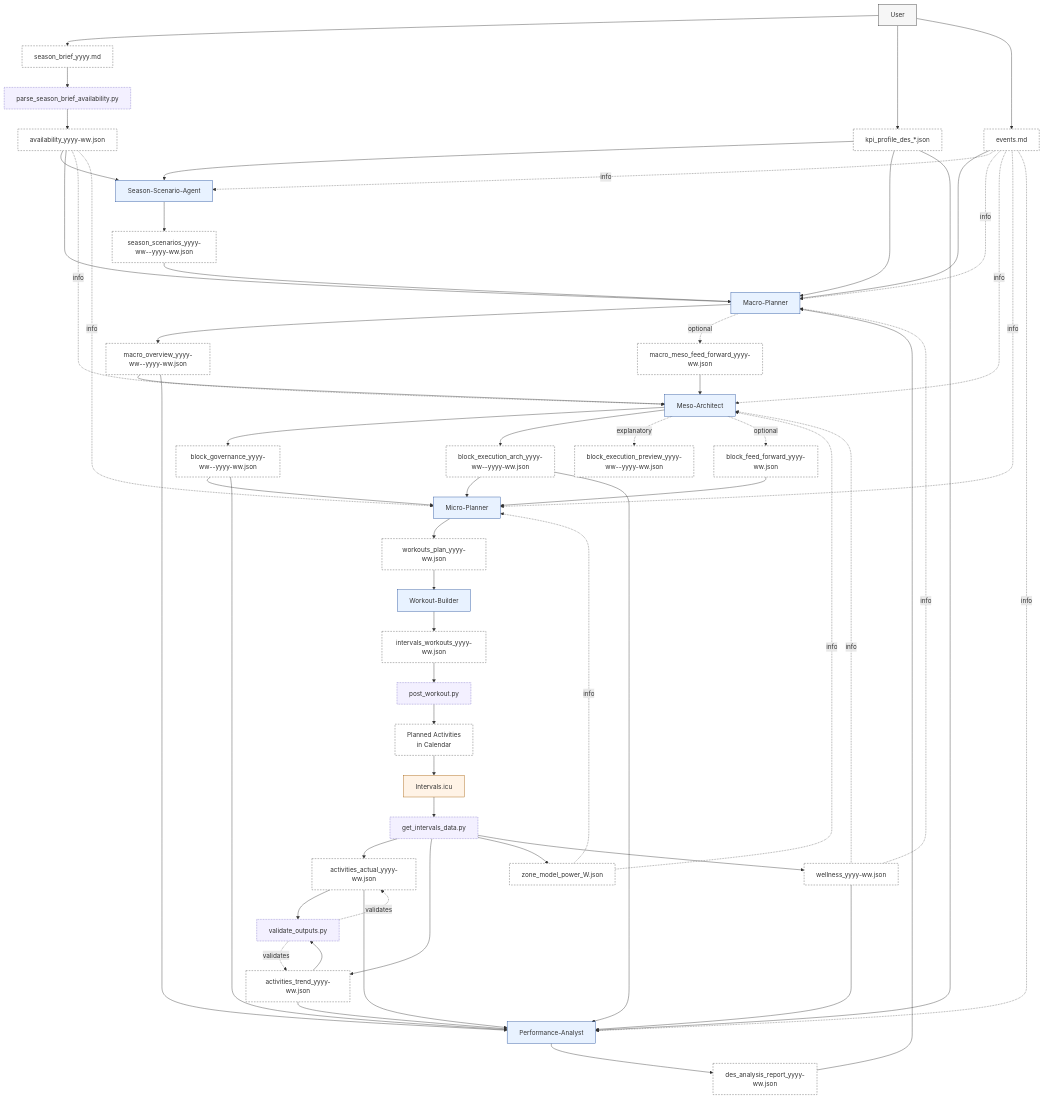
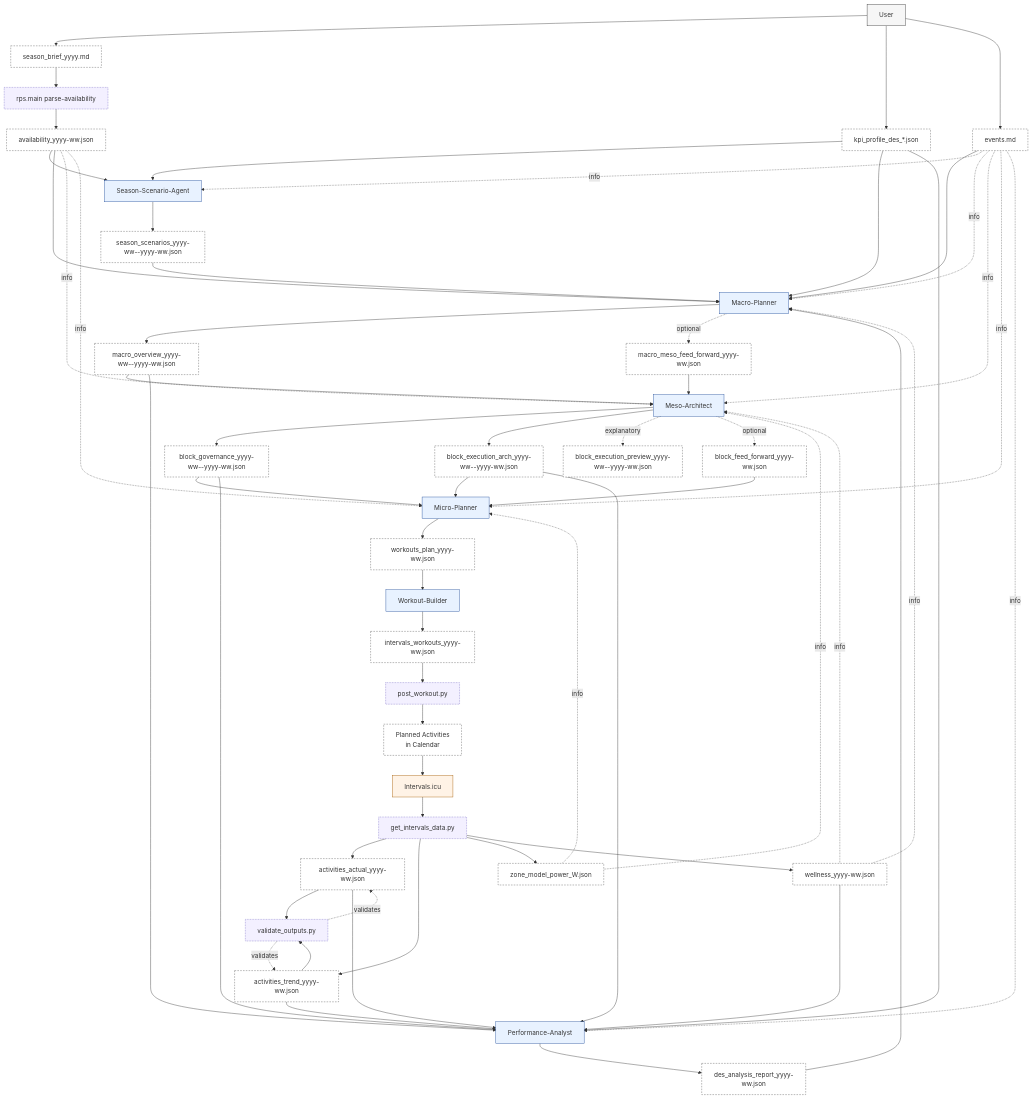
The first of 8 diagrams in doc/artefact_flow_overview_and_detail.md (albauer-priv/RPS), drawn with Mermaid before and after one commit. The commit also changed other lines of this file and 6 other files, not shown here.

Commit message:
refactor season brief availability parser into rps

```diff
--- a/doc/artefact_flow_overview_and_detail.md
+++ b/doc/artefact_flow_overview_and_detail.md
@@ -21,7 +21,7 @@
   PA[Performance-Analyst]:::agent
   I[Intervals.icu]:::external
   EXP[get_intervals_data.py]:::script
-  AVP[parse_season_brief_availability.py]:::script
+  AVP[rps.main parse-availability]:::script
   VAL[validate_outputs.py]:::script
   POST[post_workout.py]:::script
 
```
